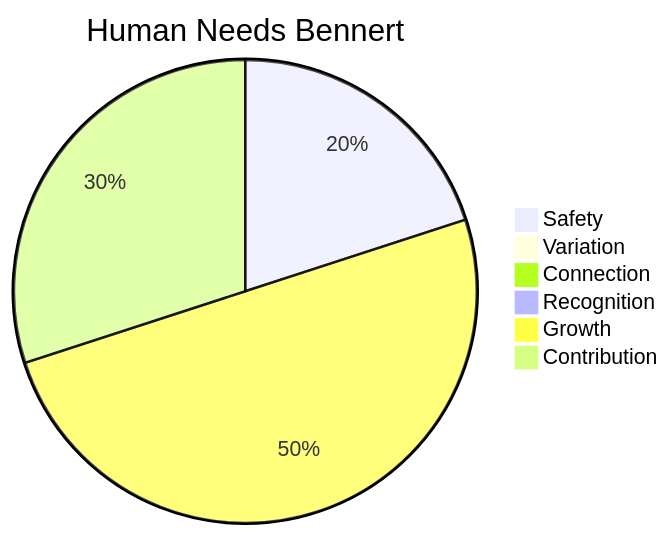
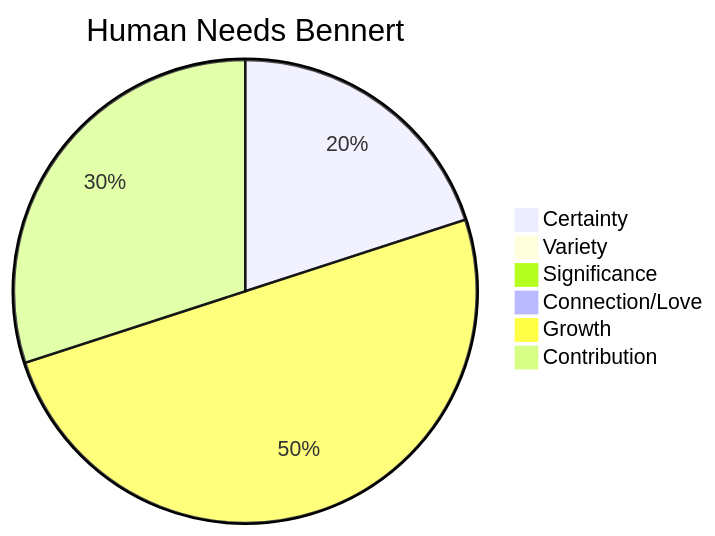
Before and after one commit to bennert/bennert.github.io: the diagram in docs/Personality/index.en.md, drawn with Mermaid. The commit also changed other lines of this file and 1 other file, not shown here.

Commit message:
Rephrase items of 6 human needs (dutch and english)

````diff
--- a/docs/Personality/index.en.md
+++ b/docs/Personality/index.en.md
@@ -15,10 +15,10 @@
 ```mermaid
 pie
     title Human Needs Bennert
-    "Safety": 2
-    "Variation": 0
-    "Connection": 0
-    "Recognition": 0
+    "Certainty": 2
+    "Variety": 0
+    "Significance": 0
+    "Connection/Love": 0
     "Growth": 5
     "Contribution": 3
 ```
````
